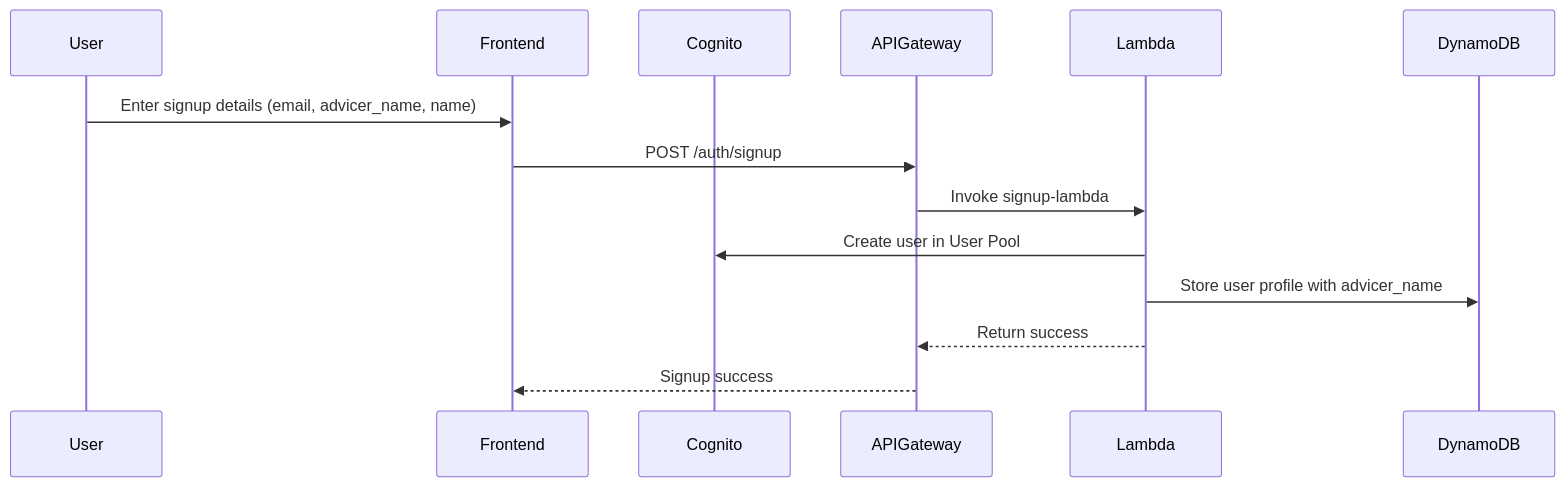
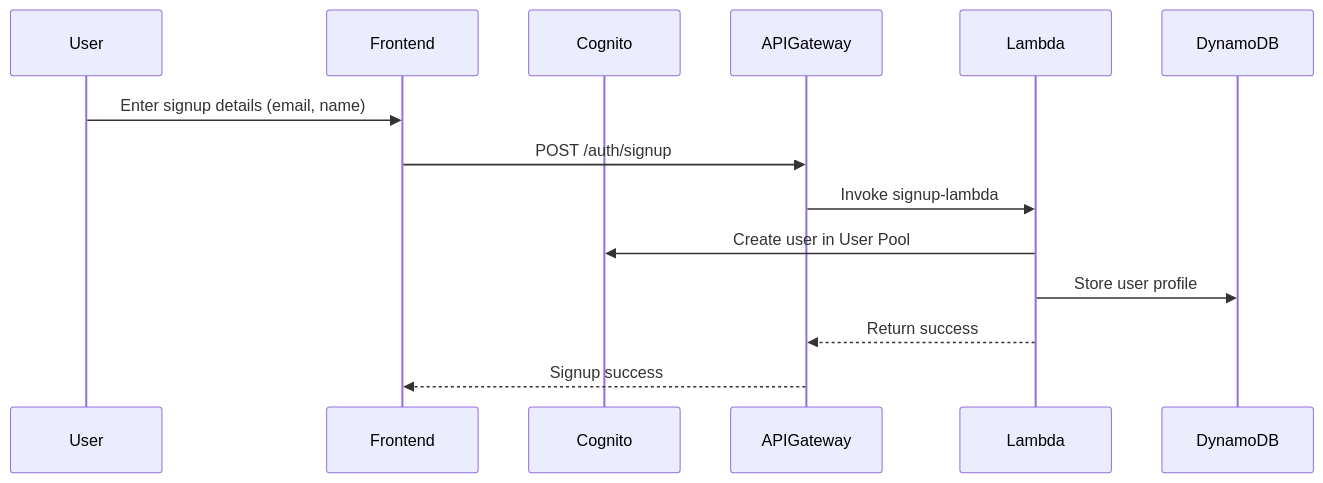
The second of 3 diagrams in app/ba-portal/PLAN-login-system.md (DilkuYahoo/tutorai), drawn with Mermaid before and after one commit. The commit also changed other lines of this file, not shown here.

First line of the commit message:
docs(login-system): add Lambda function implementations and Cognito configuration

````diff
--- a/app/ba-portal/PLAN-login-system.md
+++ b/app/ba-portal/PLAN-login-system.md
@@ -67,17 +68,17 @@
 ```mermaid
 sequenceDiagram
     participant User
     participant Frontend
     participant Cognito
     participant APIGateway
     participant Lambda
     participant DynamoDB
     
-    User->>Frontend: Enter signup details (email, advicer_name, name)
+    User->>Frontend: Enter signup details (email, name)
     Frontend->>APIGateway: POST /auth/signup
     APIGateway->>Lambda: Invoke signup-lambda
     Lambda->>Cognito: Create user in User Pool
-    Lambda->>DynamoDB: Store user profile with advicer_name
+    Lambda->>DynamoDB: Store user profile
     Lambda-->>APIGateway: Return success
     APIGateway-->>Frontend: Signup success
 ```
````
